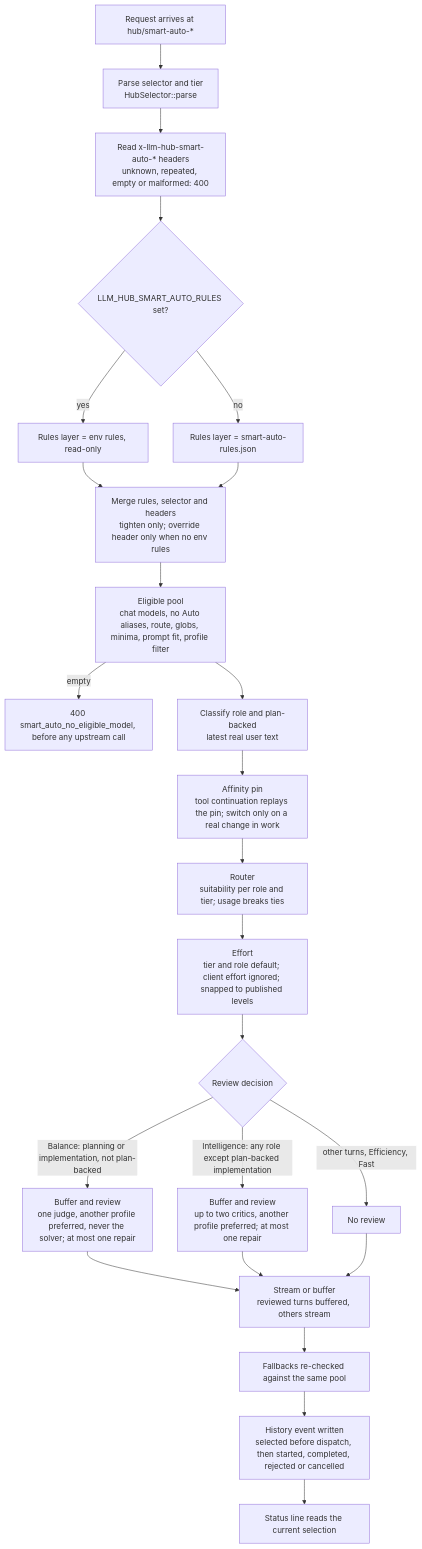
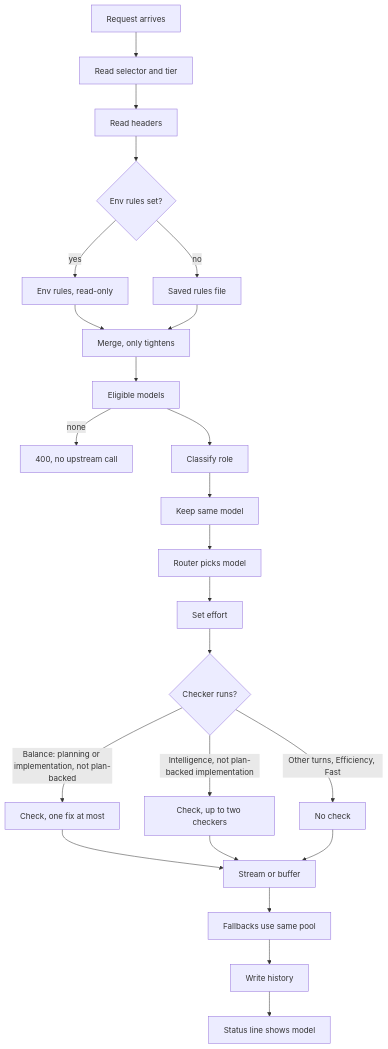
One commit to barnuri/llm-hub changed the diagram in docs/smart-auto.md. Above: the diagram before and after it, drawn with Mermaid. The commit also changed other lines of this file and 6 other files, not shown here.

First line of the commit message:
Refuse conflicting Smart Auto tiers, keep current selections across restarts

````diff
--- a/docs/smart-auto.md
+++ b/docs/smart-auto.md
@@ -37,26 +39,26 @@
 ```mermaid
 flowchart TD
-    A["Request arrives at hub/smart-auto-*"] --> B["Parse selector and tier<br/>HubSelector::parse"]
-    B --> C["Read x-llm-hub-smart-auto-* headers<br/>unknown, repeated, empty or malformed: 400"]
-    C --> D{"LLM_HUB_SMART_AUTO_RULES set?"}
-    D -->|yes| E["Rules layer = env rules, read-only"]
-    D -->|no| F["Rules layer = smart-auto-rules.json"]
-    E --> G["Merge rules, selector and headers<br/>tighten only; override header only when no env rules"]
+    A["Request arrives"] --> B["Read selector and tier"]
+    B --> C["Read headers"]
+    C --> D{"Env rules set?"}
+    D -->|yes| E["Env rules, read-only"]
+    D -->|no| F["Saved rules file"]
+    E --> G["Merge, only tightens"]
     F --> G
-    G --> H["Eligible pool<br/>chat models, no Auto aliases, route, globs, minima, prompt fit, profile filter"]
-    H -->|empty| Z["400 smart_auto_no_eligible_model, before any upstream call"]
-    H --> I["Classify role and plan-backed<br/>latest real user text"]
-    I --> J["Affinity pin<br/>tool continuation replays the pin; switch only on a real change in work"]
-    J --> K["Router<br/>suitability per role and tier; usage breaks ties"]
-    K --> L["Effort<br/>tier and role default; client effort ignored; snapped to published levels"]
-    L --> M{"Review decision"}
-    M -->|"Balance: planning or implementation, not plan-backed"| N["Buffer and review<br/>one judge, another profile preferred, never the solver; at most one repair"]
-    M -->|"Intelligence: any role except plan-backed implementation"| O["Buffer and review<br/>up to two critics, another profile preferred; at most one repair"]
-    M -->|"other turns, Efficiency, Fast"| P["No review"]
-    N --> Q["Stream or buffer<br/>reviewed turns buffered, others stream"]
+    G --> H["Eligible models"]
+    H -->|none| Z["400, no upstream call"]
+    H --> I["Classify role"]
+    I --> J["Keep same model"]
+    J --> K["Router picks model"]
+    K --> L["Set effort"]
+    L --> M{"Checker runs?"}
+    M -->|"Balance: planning or implementation, not plan-backed"| N["Check, one fix at most"]
+    M -->|"Intelligence, not plan-backed implementation"| O["Check, up to two checkers"]
+    M -->|"Other turns, Efficiency, Fast"| P["No check"]
+    N --> Q["Stream or buffer"]
     O --> Q
     P --> Q
-    Q --> R["Fallbacks re-checked against the same pool"]
-    R --> S["History event written<br/>selected before dispatch, then started, completed, rejected or cancelled"]
-    S --> T["Status line reads the current selection"]
+    Q --> R["Fallbacks use same pool"]
+    R --> S["Write history"]
+    S --> T["Status line shows model"]
 ```
````
